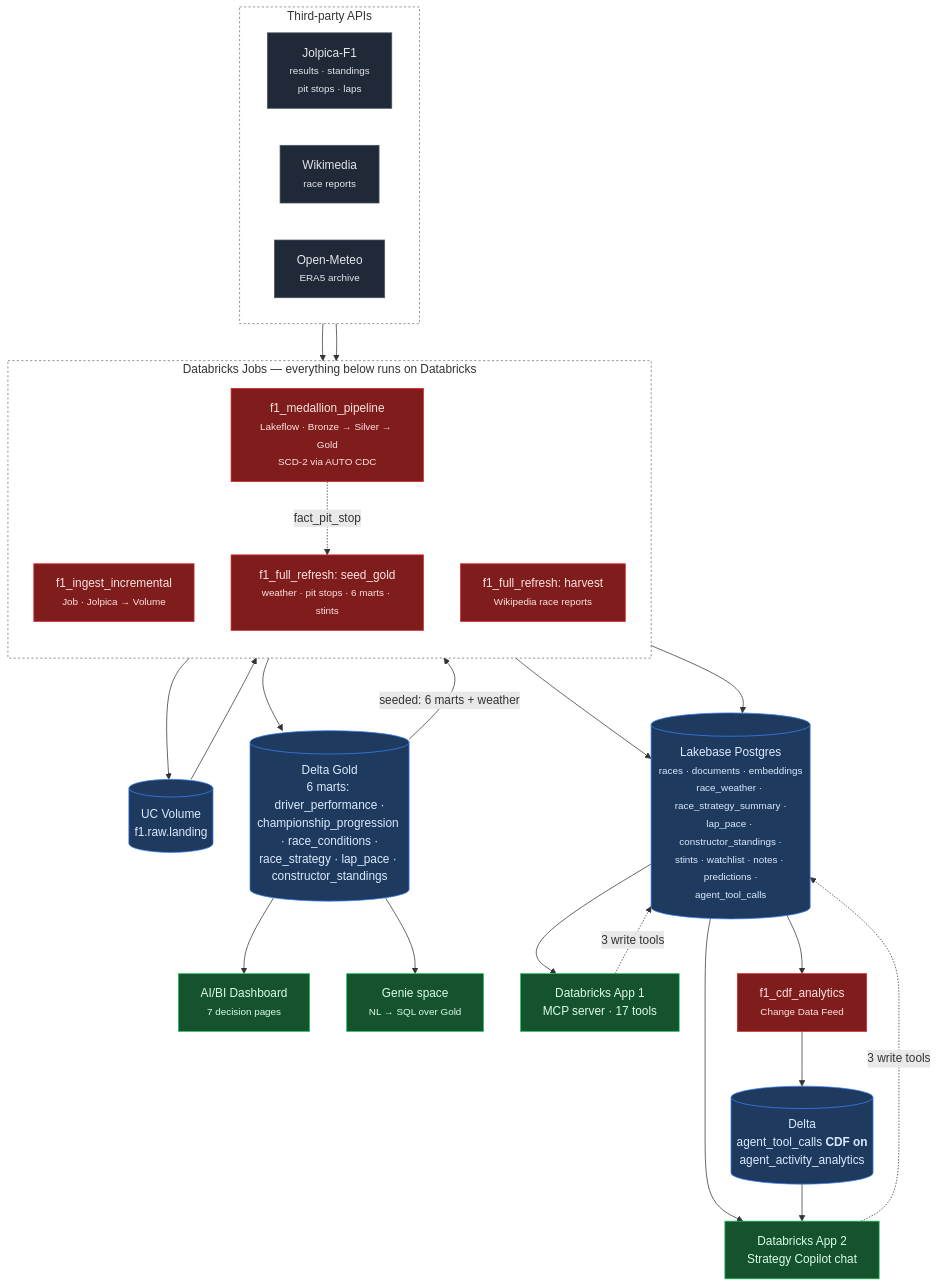
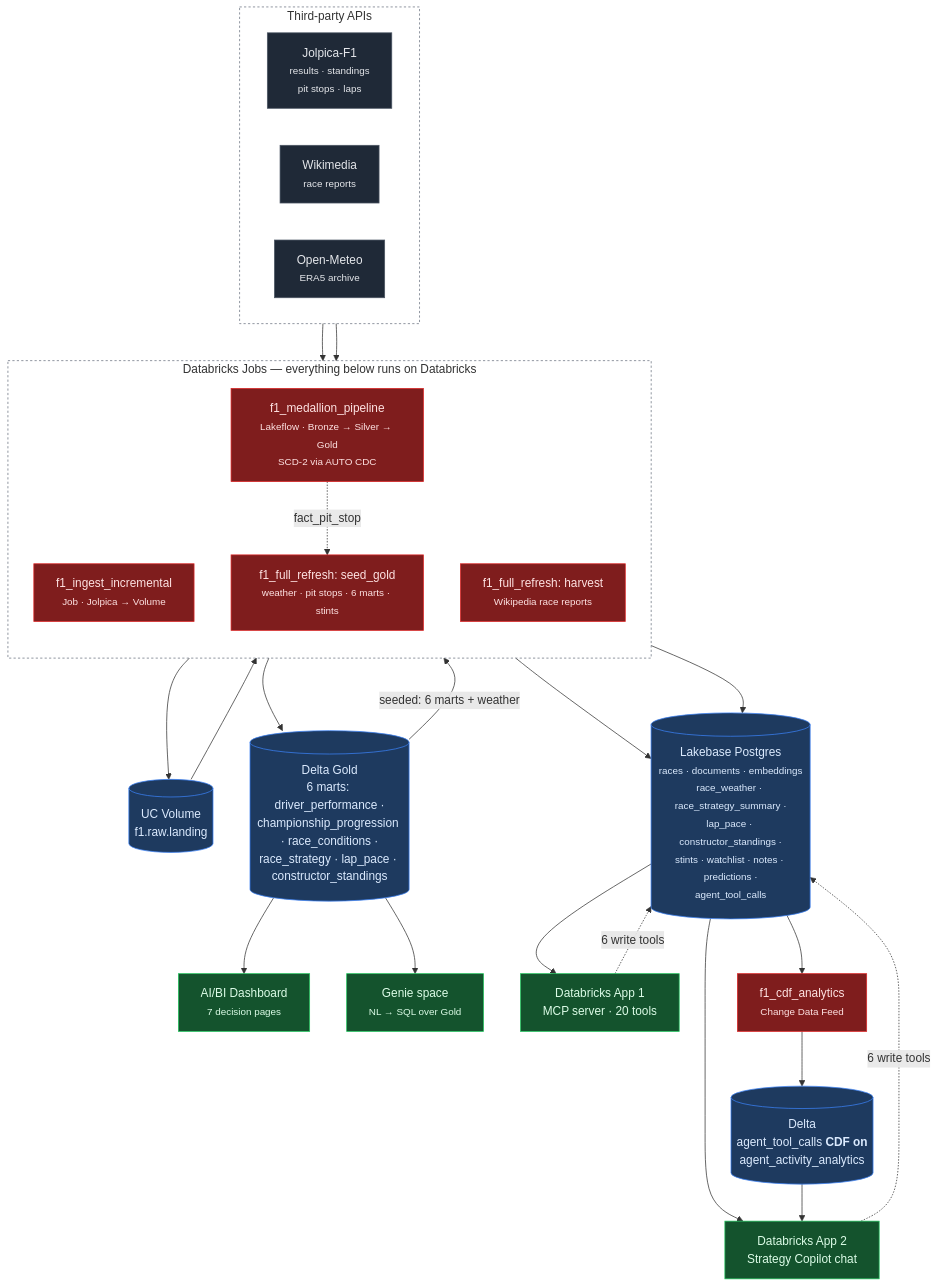
The diagram in README.md (abhibastia/f1-intelligence-copilot), drawn with Mermaid before and after one commit. The commit also changed other lines of this file, not shown here.

````diff
--- a/README.md
+++ b/README.md
@@ -57,52 +57,52 @@
 ```mermaid
 flowchart TD
     subgraph SRC[" Third-party APIs "]
         direction LR
         J["Jolpica-F1<br/><small>results · standings<br/>pit stops · laps</small>"]
         W["Wikimedia<br/><small>race reports</small>"]
         O["Open-Meteo<br/><small>ERA5 archive</small>"]
     end
 
     subgraph DBX[" Databricks Jobs — everything below runs on Databricks "]
         direction TB
         ING["f1_ingest_incremental<br/><small>Job · Jolpica → Volume</small>"]
         MED["f1_medallion_pipeline<br/><small>Lakeflow · Bronze → Silver → Gold<br/>SCD-2 via AUTO CDC</small>"]
         HAR["f1_full_refresh: harvest<br/><small>Wikipedia race reports</small>"]
         SEED["f1_full_refresh: seed_gold<br/><small>weather · pit stops · 6 marts · stints</small>"]
     end
 
     J --> ING --> VOL[("UC Volume<br/>f1.raw.landing")] --> MED
     MED --> GOLD[("Delta Gold<br/>6 marts: driver_performance ·<br/>championship_progression · race_conditions ·<br/>race_strategy · lap_pace · constructor_standings")]
 
     GOLD --> DASH["AI/BI Dashboard<br/><small>7 decision pages</small>"]
     GOLD --> GENIE["Genie space<br/><small>NL → SQL over Gold</small>"]
 
     W --> HAR
     MED -. "fact_pit_stop" .-> SEED
     GOLD -- "seeded: 6 marts + weather" --> SEED
 
     HAR --> LB
     SEED --> LB
 
     LB[("Lakebase Postgres<br/><small>races · documents · embeddings<br/>race_weather · race_strategy_summary ·<br/>lap_pace · constructor_standings ·<br/>stints · watchlist · notes · predictions ·<br/>agent_tool_calls</small>")]
 
-    LB --> MCP["Databricks App 1<br/>MCP server · 17 tools"]
+    LB --> MCP["Databricks App 1<br/>MCP server · 20 tools"]
     LB --> UI["Databricks App 2<br/>Strategy Copilot chat"]
-    UI -. "3 write tools" .-> LB
-    MCP -. "3 write tools" .-> LB
+    UI -. "6 write tools" .-> LB
+    MCP -. "6 write tools" .-> LB
 
     LB --> CDF["f1_cdf_analytics<br/><small>Change Data Feed</small>"] --> DELTA[("Delta<br/>agent_tool_calls <b>CDF on</b><br/>agent_activity_analytics")]
     DELTA --> UI
 
     style SRC fill:transparent,stroke:#6b7280,stroke-dasharray:3 3
     style DBX fill:transparent,stroke:#6b7280,stroke-dasharray:3 3
 
     classDef api fill:#1f2937,stroke:#4b5563,color:#e5e7eb
     classDef job fill:#7f1d1d,stroke:#dc2626,color:#fee2e2
     classDef store fill:#1e3a5f,stroke:#3b82f6,color:#dbeafe
     classDef app fill:#14532d,stroke:#22c55e,color:#dcfce7
     class J,W,O api
     class ING,MED,HAR,SEED,CDF job
     class VOL,GOLD,LB,DELTA store
     class MCP,UI,DASH,GENIE app
 ```
````
